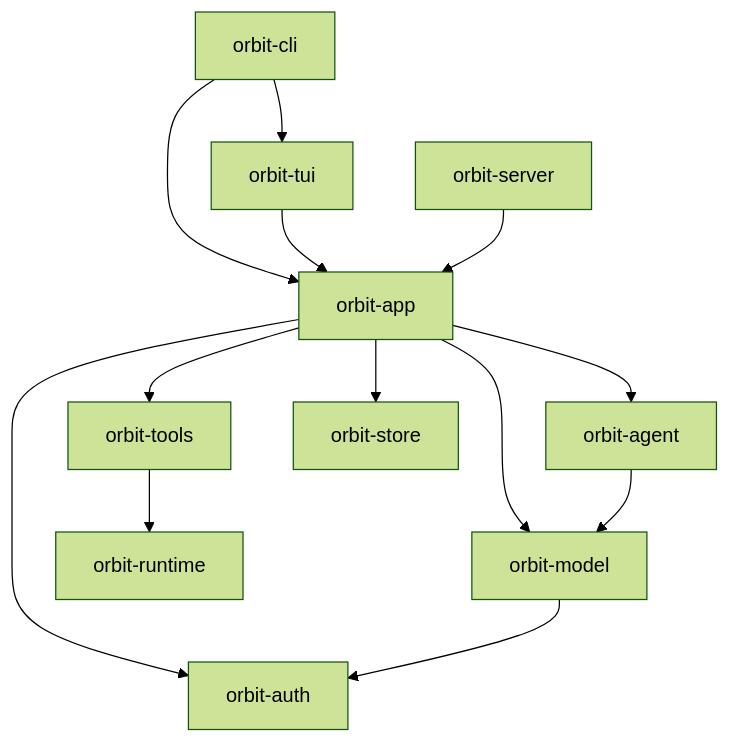
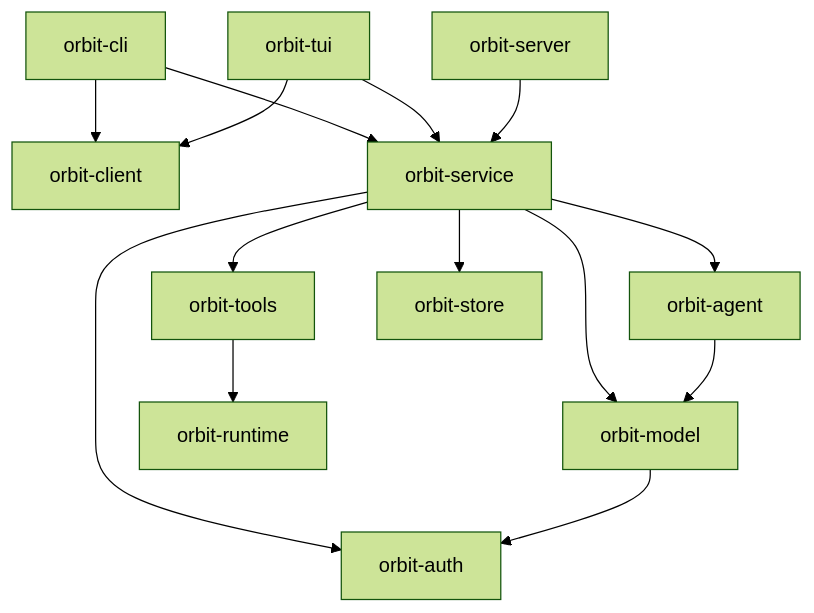
One commit to linyisu/orbit changed the diagram in README.md. Above: the diagram before and after it, drawn with Mermaid (forest theme). The commit also changed other lines of this file and 24 other files, not shown here.

Commit message:
refactor(frontends): give TUI and CLI independent executable entries

````diff
--- a/README.md
+++ b/README.md
@@ -60,15 +63,16 @@
 ```mermaid
 flowchart TD
-    CLI[orbit-cli] --> TUI[orbit-tui]
-    CLI --> APP[orbit-app]
+    CLI[orbit-cli] --> CLIENT[orbit-client]
+    TUI[orbit-tui] --> CLIENT
+    CLI --> APP[orbit-service]
     TUI --> APP
     SERVER[orbit-server] --> APP
     APP --> AGENT[orbit-agent]
     APP --> TOOLS[orbit-tools]
     APP --> STORE[orbit-store]
     APP --> MODEL[orbit-model]
     APP --> AUTH[orbit-auth]
     TOOLS --> RUNTIME[orbit-runtime]
     AGENT --> MODEL
     MODEL --> AUTH
 ```
````
